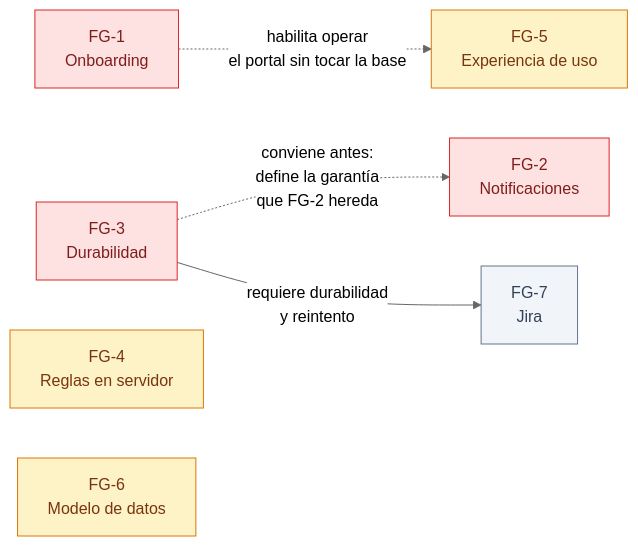
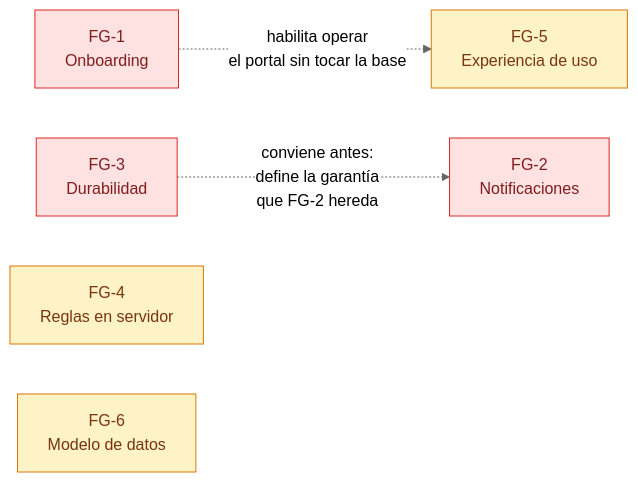
The diagram in docs/prd/feature-groups.md (gravadigital/jiku), drawn with Mermaid (neutral theme) before and after one commit. The commit also changed other lines of this file and 23 other files, not shown here.

````diff
--- a/docs/prd/feature-groups.md
+++ b/docs/prd/feature-groups.md
@@ -441,22 +389,19 @@
 ```mermaid
 graph LR
     FG1["FG-1<br/>Onboarding"]
     FG2["FG-2<br/>Notificaciones"]
     FG3["FG-3<br/>Durabilidad"]
     FG4["FG-4<br/>Reglas en servidor"]
     FG5["FG-5<br/>Experiencia de uso"]
     FG6["FG-6<br/>Modelo de datos"]
-    FG7["FG-7<br/>Jira"]
 
     FG3 -.->|"conviene antes:<br/>define la garantía<br/>que FG-2 hereda"| FG2
-    FG3 -->|"requiere durabilidad<br/>y reintento"| FG7
     FG1 -.->|"habilita operar<br/>el portal sin tocar la base"| FG5
 
     classDef alta fill:#fee2e2,stroke:#dc2626,color:#7f1d1d
     classDef media fill:#fef3c7,stroke:#d97706,color:#78350f
     classDef baja fill:#f1f5f9,stroke:#64748b,color:#334155
 
     class FG1,FG2,FG3 alta
     class FG4,FG5,FG6 media
-    class FG7 baja
 ```
````
